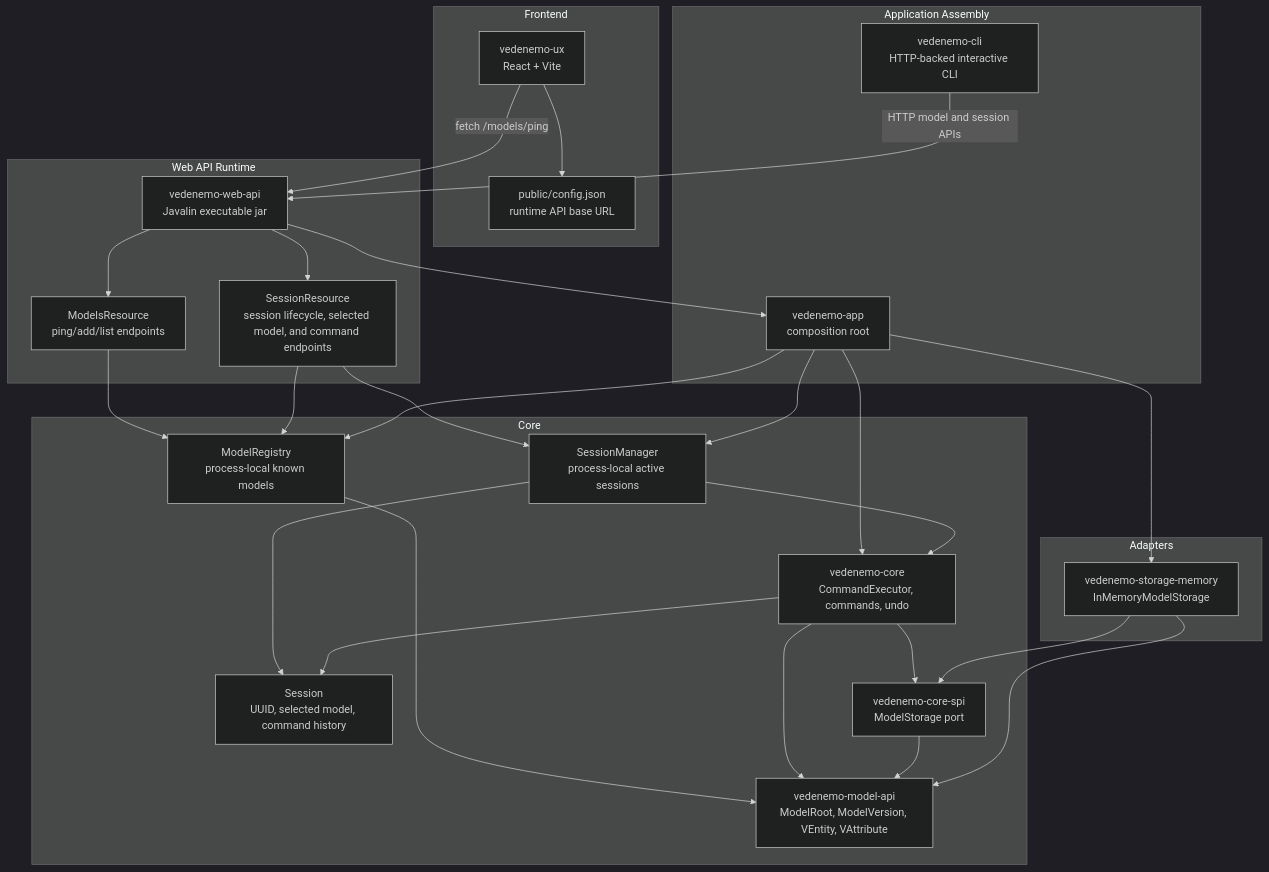
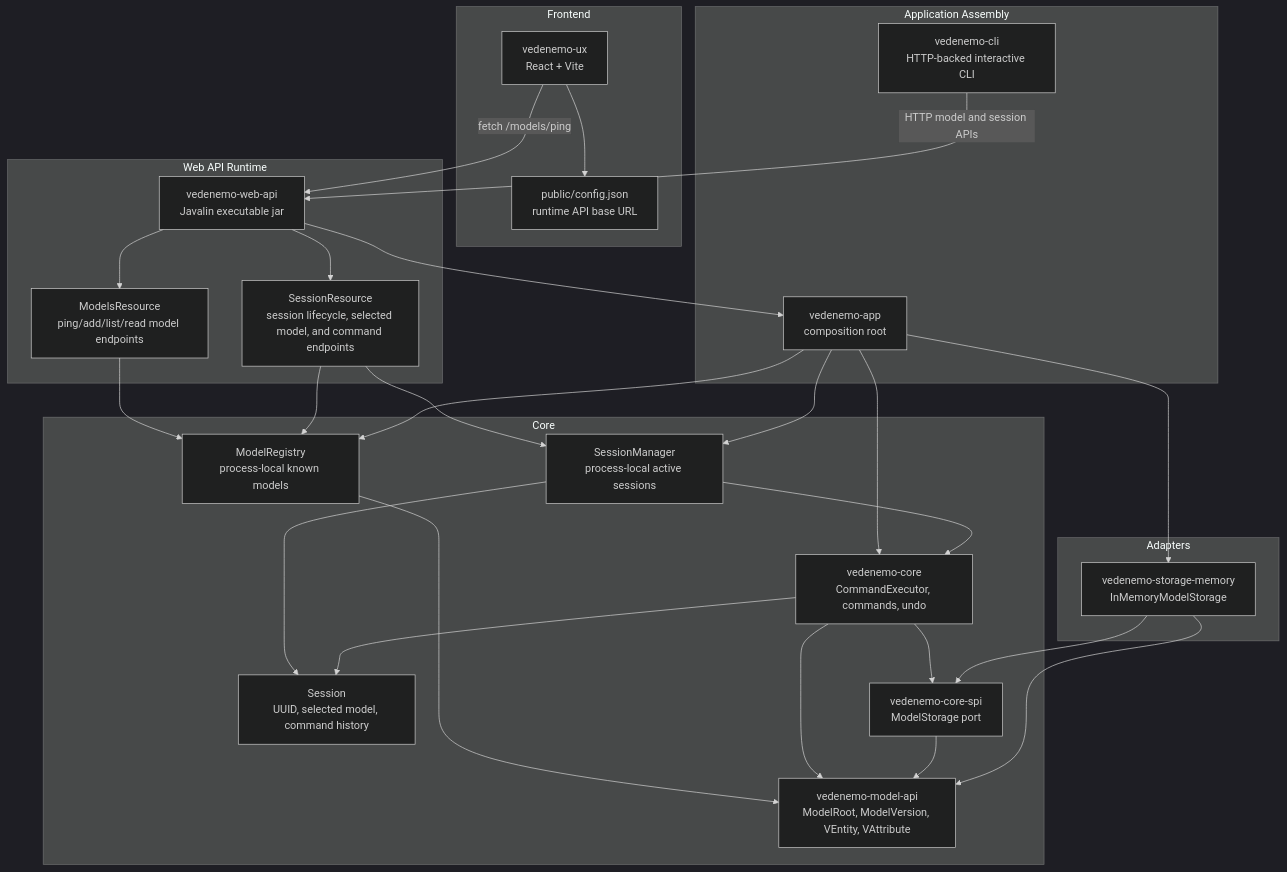
The first of 7 diagrams in docs/architecture_doc.md (VedenemoDev/VedenemoMonorepo), drawn with Mermaid (dark theme) before and after one commit. The commit also changed other lines of this file and 22 other files, not shown here.

````diff
--- a/docs/architecture_doc.md
+++ b/docs/architecture_doc.md
@@ -14,55 +14,55 @@
 ```mermaid
 flowchart TB
 
 subgraph UX["Frontend"]
     ViteUX["vedenemo-ux<br/>React + Vite"]
     RuntimeConfig["public/config.json<br/>runtime API base URL"]
 end
 
 subgraph Web["Web API Runtime"]
     WebApi["vedenemo-web-api<br/>Javalin executable jar"]
-    ModelsResource["ModelsResource<br/>ping/add/list endpoints"]
+    ModelsResource["ModelsResource<br/>ping/add/list/read model endpoints"]
     SessionResource["SessionResource<br/>session lifecycle, selected model, and command endpoints"]
 end
 
 subgraph App["Application Assembly"]
     AppRoot["vedenemo-app<br/>composition root"]
     Cli["vedenemo-cli<br/>HTTP-backed interactive CLI"]
 end
 
 subgraph Core["Core"]
     CoreModule["vedenemo-core<br/>CommandExecutor, commands, undo"]
     SessionManager["SessionManager<br/>process-local active sessions"]
     Session["Session<br/>UUID, selected model, command history"]
     ModelRegistry["ModelRegistry<br/>process-local known models"]
     Spi["vedenemo-core-spi<br/>ModelStorage port"]
     ModelApi["vedenemo-model-api<br/>ModelRoot, ModelVersion, VEntity, VAttribute"]
 end
 
 subgraph Adapters["Adapters"]
     MemoryStorage["vedenemo-storage-memory<br/>InMemoryModelStorage"]
 end
 
 ViteUX --> RuntimeConfig
 ViteUX -->|fetch /models/ping| WebApi
 Cli -->|HTTP model and session APIs| WebApi
 WebApi --> ModelsResource
 WebApi --> SessionResource
 WebApi --> AppRoot
 ModelsResource --> ModelRegistry
 SessionResource --> SessionManager
 SessionResource --> ModelRegistry
 AppRoot --> CoreModule
 AppRoot --> ModelRegistry
 AppRoot --> SessionManager
 AppRoot --> MemoryStorage
 SessionManager --> Session
 SessionManager --> CoreModule
 ModelRegistry --> ModelApi
 CoreModule --> Spi
 CoreModule --> ModelApi
 CoreModule --> Session
 Spi --> ModelApi
 MemoryStorage --> Spi
 MemoryStorage --> ModelApi
 ```
````
